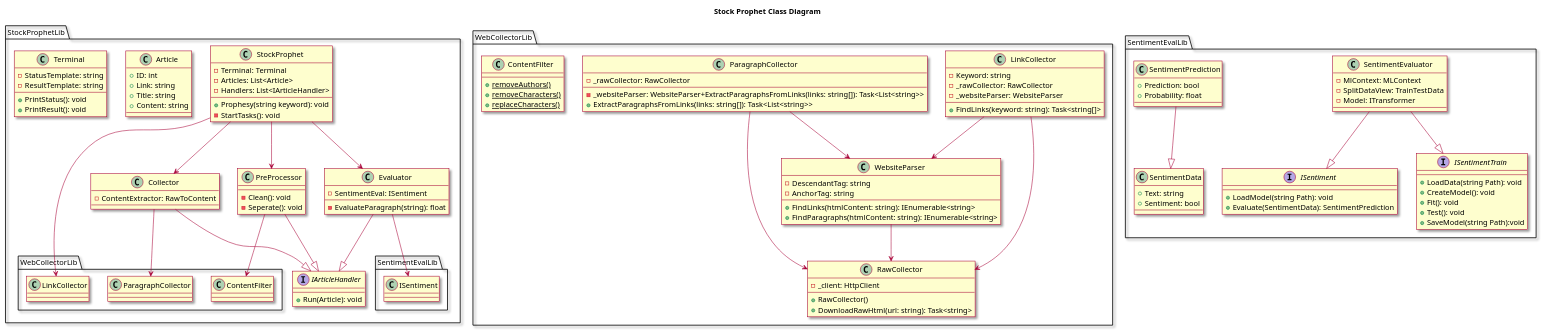
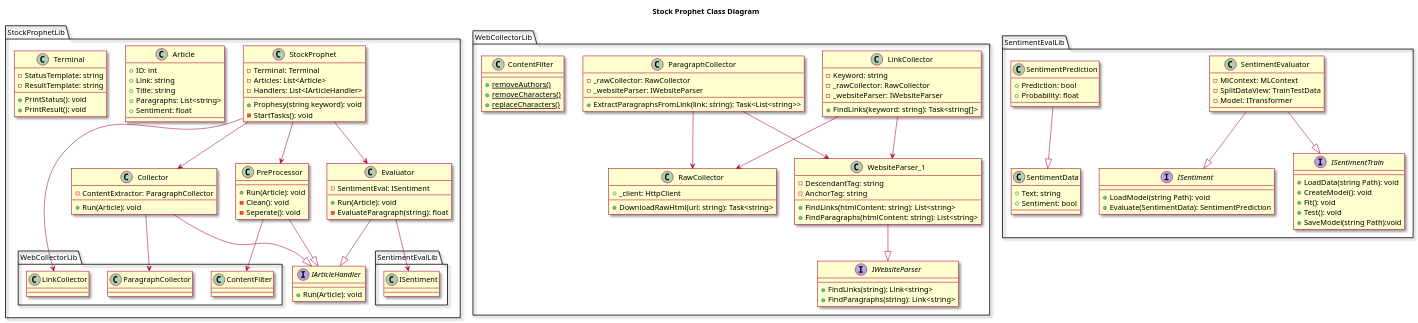
One commit to Ifi-Softwareentwicklung-SoSe2023/TUBAF_SE-Project_StockProphet changed the diagram in doc/classDiagram.plantuml. Above: the diagram before and after it, drawn with PlantUML.

Commit message:
Add IWebsiteParser interface in class diagram (#11)

```diff
--- a/doc/classDiagram.plantuml
+++ b/doc/classDiagram.plantuml
@@ -1,145 +1,157 @@
 @startuml Project Model Class Diagram
 
 skin rose
 
 title Stock Prophet Class Diagram
 
 
 package StockProphetLib {
 
     class StockProphet {
         -Terminal: Terminal
         -Articles: List<Article>
         -Handlers: List<IArticleHandler>
         +Prophesy(string keyword): void
         -StartTasks(): void
     }
     StockProphet --> WebCollectorLib.LinkCollector
     StockProphet --> Collector
     StockProphet --> PreProcessor
     StockProphet --> Evaluator
     
 
     interface IArticleHandler {
         +Run(Article): void
     }
 
 
     class Collector {
-        -ContentExtractor: RawToContent
+        -ContentExtractor: ParagraphCollector
+        +Run(Article): void
     }
     Collector --|> IArticleHandler
     Collector --> WebCollectorLib.ParagraphCollector
     
 
     class PreProcessor {
+        +Run(Article): void
         -Clean(): void
         -Seperate(): void
     }
     PreProcessor --|> IArticleHandler
     PreProcessor --> WebCollectorLib.ContentFilter
 
 
     class Evaluator {
         -SentimentEval: ISentiment
+        +Run(Article): void
         -EvaluateParagraph(string): float
     }
     Evaluator --|> IArticleHandler
     Evaluator --> SentimentEvalLib.ISentiment
 
 
     class Article {
         +ID: int
         +Link: string
         +Title: string
-        +Content: string
+        +Paragraphs: List<string>
+        +Sentiment: float
     }
 
 
     class Terminal {
         -StatusTemplate: string
         +PrintStatus(): void
         -ResultTemplate: string
         +PrintResult(): void
     }
 }
 
 
 package WebCollectorLib 
 {
     class LinkCollector {
         -Keyword: string
         - _rawCollector: RawCollector
-        - _websiteParser: WebsiteParser
+        - _websiteParser: IWebsiteParser
         +FindLinks(keyword: string): Task<string[]>
     }
     LinkCollector --> RawCollector
-    LinkCollector --> WebsiteParser
+    LinkCollector --> WebsiteParser_1
+
 
     class ParagraphCollector {
         -_rawCollector: RawCollector
-        -_websiteParser: WebsiteParser+ExtractParagraphsFromLinks(links: string[]): Task<List<string>>
-        +ExtractParagraphsFromLinks(links: string[]): Task<List<string>>
+        -_websiteParser: IWebsiteParser
+        +ExtractParagraphsFromLink(link: string): Task<List<string>>
     }
     ParagraphCollector --> RawCollector
-    ParagraphCollector --> WebsiteParser
+    ParagraphCollector --> WebsiteParser_1
+
 
     class RawCollector {
-      - _client: HttpClient
-      + RawCollector()
-      + DownloadRawHtml(url: string): Task<string>
+      +_client: HttpClient
+      +DownloadRawHtml(url: string): Task<string>
     }
 
-    class WebsiteParser {
-        +FindLinks(htmlContent: string): IEnumerable<string>
-        +FindParagraphs(htmlContent: string): IEnumerable<string>
+
+    interface IWebsiteParser {
+        +FindLinks(string): Link<string>
+        +FindParagraphs(string): Link<string>
+    }
+
+    class WebsiteParser_1 {
         -DescendantTag: string
         -AnchorTag: string
+        +FindLinks(htmlContent: string): List<string>
+        +FindParagraphs(htmlContent: string): List<string>
     }
-    WebsiteParser --> RawCollector
+    WebsiteParser_1 --|> IWebsiteParser
+    
 
     class ContentFilter {
         {static} +removeAuthors()
         {static} +removeCharacters()
         {static} +replaceCharacters()
     }
 
 }
 
 package SentimentEvalLib 
 {
     interface ISentiment {
         +LoadModel(string Path): void
         +Evaluate(SentimentData): SentimentPrediction
     }
 
     interface ISentimentTrain {
         +LoadData(string Path): void
         +CreateModel(): void
         +Fit(): void
         +Test(): void
         +SaveModel(string Path):void
     }
     
     class SentimentEvaluator {
         -MlContext: MLContext
         -SplitDataView: TrainTestData
         -Model: ITransformer
     }
     SentimentEvaluator --|> ISentiment
     SentimentEvaluator --|> ISentimentTrain
 
     class SentimentData {
         +Text: string
         +Sentiment: bool
     }
 
     class SentimentPrediction {
         +Prediction: bool
         +Probability: float
     }
     SentimentPrediction --|> SentimentData
 }
 
 
 @enduml
```
